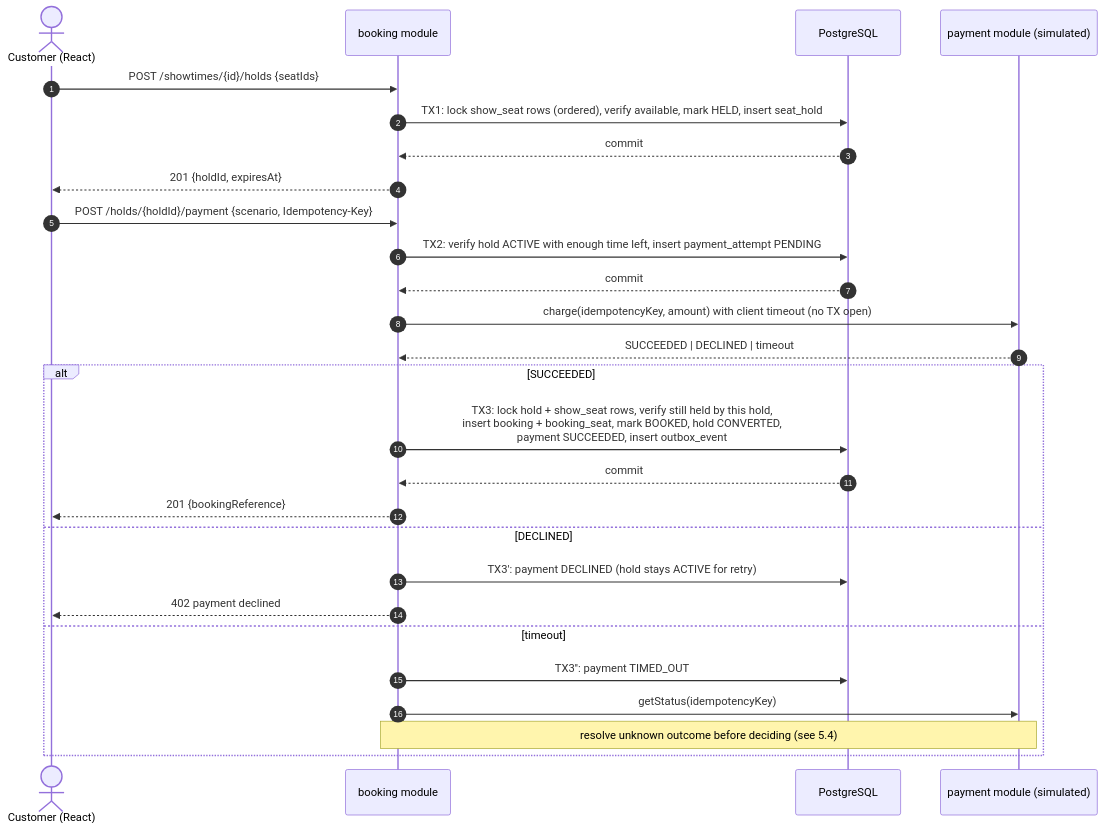
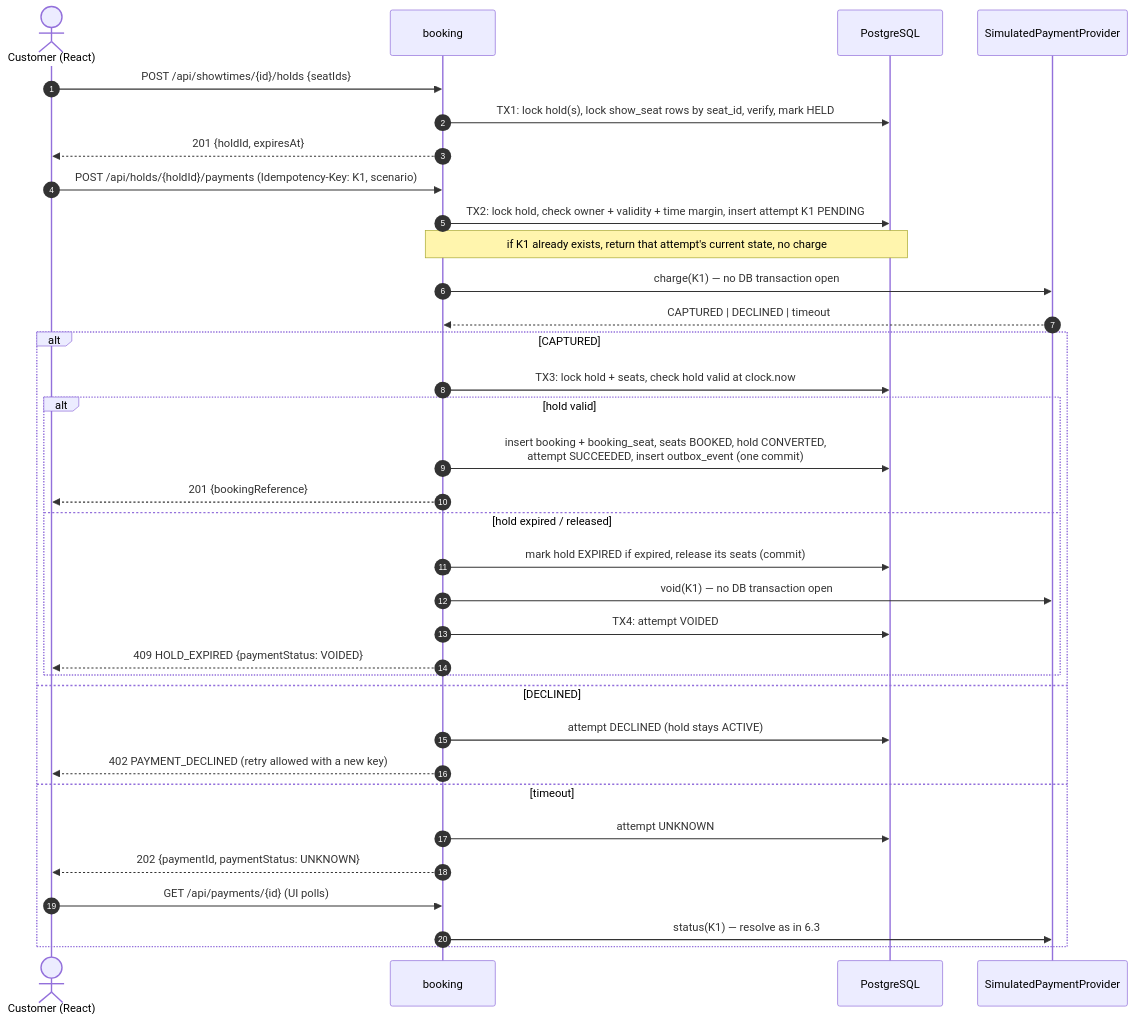
Before and after one commit to nikhilramakrishna3005/movie-ticket-booking-system: the fourth of 4 diagrams in docs/architecture.md, drawn with Mermaid. The commit also changed other lines of this file and 7 other files, not shown here.

````diff
--- a/docs/architecture.md
+++ b/docs/architecture.md
@@ -125,32 +351,39 @@
 ```mermaid
 sequenceDiagram
     autonumber
     actor C as Customer (React)
-    participant B as booking module
+    participant B as booking
     participant DB as PostgreSQL
-    participant P as payment module (simulated)
+    participant P as SimulatedPaymentProvider
 
-    C->>B: POST /showtimes/{id}/holds {seatIds}
-    B->>DB: TX1: lock show_seat rows (ordered), verify available, mark HELD, insert seat_hold
-    DB-->>B: commit
+    C->>B: POST /api/showtimes/{id}/holds {seatIds}
+    B->>DB: TX1: lock hold(s), lock show_seat rows by seat_id, verify, mark HELD
     B-->>C: 201 {holdId, expiresAt}
 
-    C->>B: POST /holds/{holdId}/payment {scenario, Idempotency-Key}
-    B->>DB: TX2: verify hold ACTIVE with enough time left, insert payment_attempt PENDING
-    DB-->>B: commit
-    B->>P: charge(idempotencyKey, amount) with client timeout (no TX open)
-    P-->>B: SUCCEEDED | DECLINED | timeout
+    C->>B: POST /api/holds/{holdId}/payments (Idempotency-Key: K1, scenario)
+    B->>DB: TX2: lock hold, check owner + validity + time margin, insert attempt K1 PENDING
+    Note over B,DB: if K1 already exists, return that attempt's current state, no charge
+    B->>P: charge(K1) — no DB transaction open
+    P-->>B: CAPTURED | DECLINED | timeout
 
-    alt SUCCEEDED
-        B->>DB: TX3: lock hold + show_seat rows, verify still held by this hold,<br/>insert booking + booking_seat, mark BOOKED, hold CONVERTED,<br/>payment SUCCEEDED, insert outbox_event
-        DB-->>B: commit
-        B-->>C: 201 {bookingReference}
+    alt CAPTURED
+        B->>DB: TX3: lock hold + seats, check hold valid at clock.now
+        alt hold valid
+            B->>DB: insert booking + booking_seat, seats BOOKED, hold CONVERTED,<br/>attempt SUCCEEDED, insert outbox_event (one commit)
+            B-->>C: 201 {bookingReference}
+        else hold expired / released
+            B->>DB: mark hold EXPIRED if expired, release its seats (commit)
+            B->>P: void(K1) — no DB transaction open
+            B->>DB: TX4: attempt VOIDED
+            B-->>C: 409 HOLD_EXPIRED {paymentStatus: VOIDED}
+        end
     else DECLINED
-        B->>DB: TX3': payment DECLINED (hold stays ACTIVE for retry)
-        B-->>C: 402 payment declined
+        B->>DB: attempt DECLINED (hold stays ACTIVE)
+        B-->>C: 402 PAYMENT_DECLINED (retry allowed with a new key)
     else timeout
-        B->>DB: TX3'': payment TIMED_OUT
-        B->>P: getStatus(idempotencyKey)
-        Note over B,P: resolve unknown outcome before deciding (see 5.4)
+        B->>DB: attempt UNKNOWN
+        B-->>C: 202 {paymentId, paymentStatus: UNKNOWN}
+        C->>B: GET /api/payments/{id} (UI polls)
+        B->>P: status(K1) — resolve as in 6.3
     end
 ```
````
